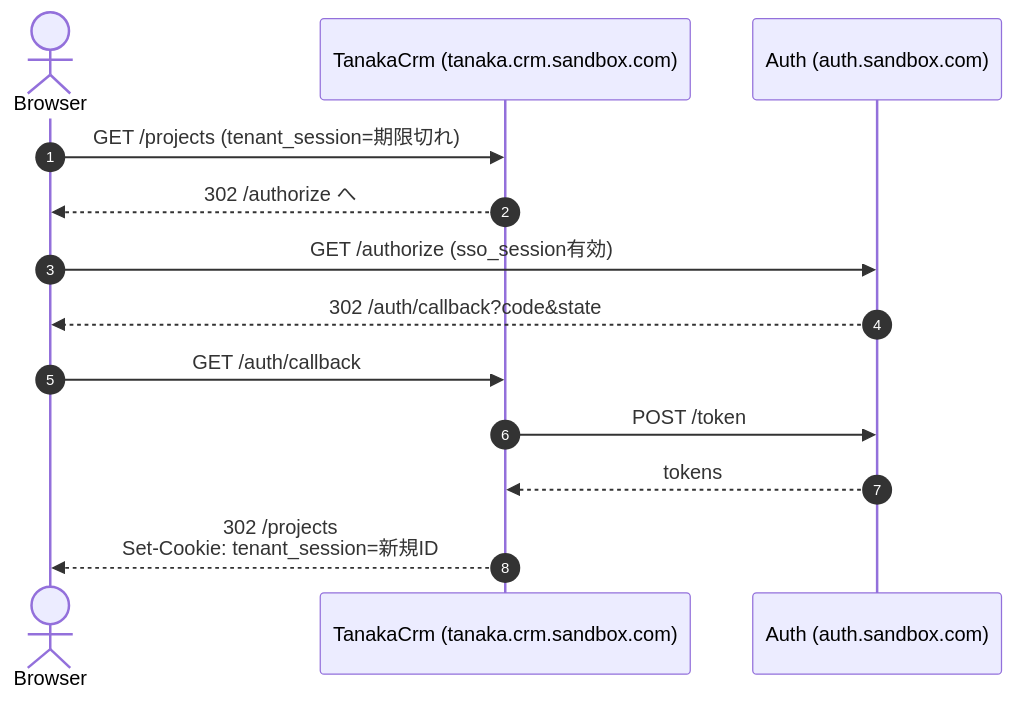
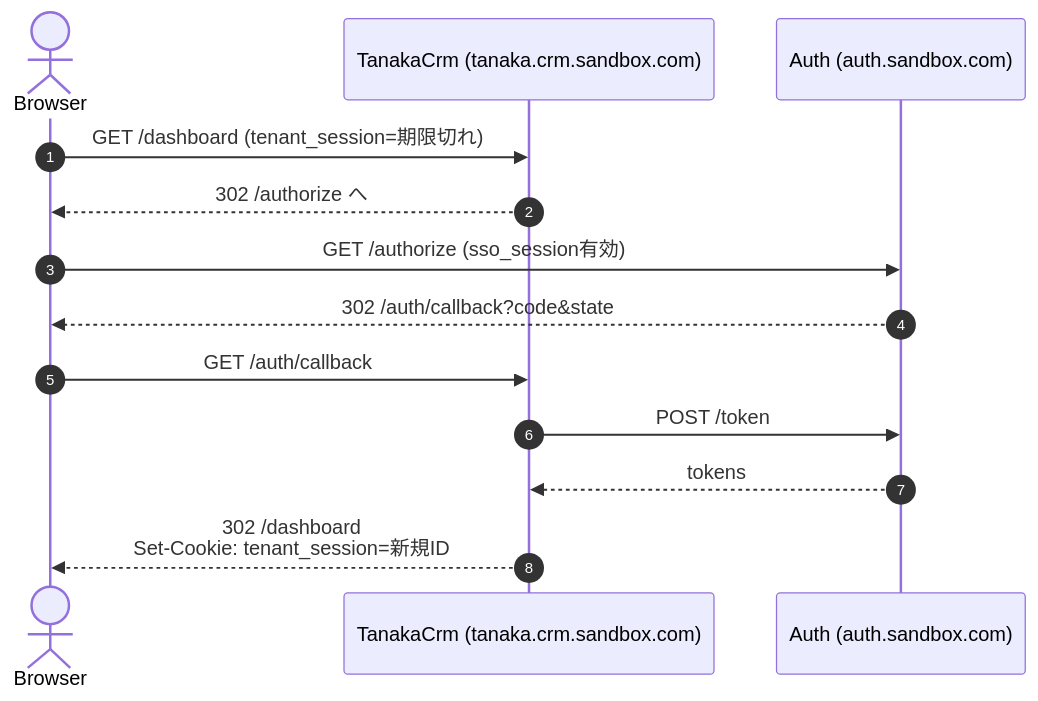
Diagram 11 of 16 in docs/design/02-auth-sequences.md (daisuke-tanabe/multi-domain-sandbox), drawn with Mermaid before and after one commit. The commit also changed other lines of this file and 97 other files, not shown here.

````diff
--- a/docs/design/02-auth-sequences.md
+++ b/docs/design/02-auth-sequences.md
@@ -377,16 +431,16 @@
 ```mermaid
 sequenceDiagram
     autonumber
     actor Browser
     participant TanakaCrm as TanakaCrm (tanaka.crm.sandbox.com)
     participant Auth as Auth (auth.sandbox.com)
 
-    Browser->>TanakaCrm: GET /projects (tenant_session=期限切れ)
+    Browser->>TanakaCrm: GET /dashboard (tenant_session=期限切れ)
     TanakaCrm-->>Browser: 302 /authorize へ
     Browser->>Auth: GET /authorize (sso_session有効)
     Auth-->>Browser: 302 /auth/callback?code&state
     Browser->>TanakaCrm: GET /auth/callback
     TanakaCrm->>Auth: POST /token
     Auth-->>TanakaCrm: tokens
-    TanakaCrm-->>Browser: 302 /projects<br/>Set-Cookie: tenant_session=新規ID
+    TanakaCrm-->>Browser: 302 /dashboard<br/>Set-Cookie: tenant_session=新規ID
 ```
````
